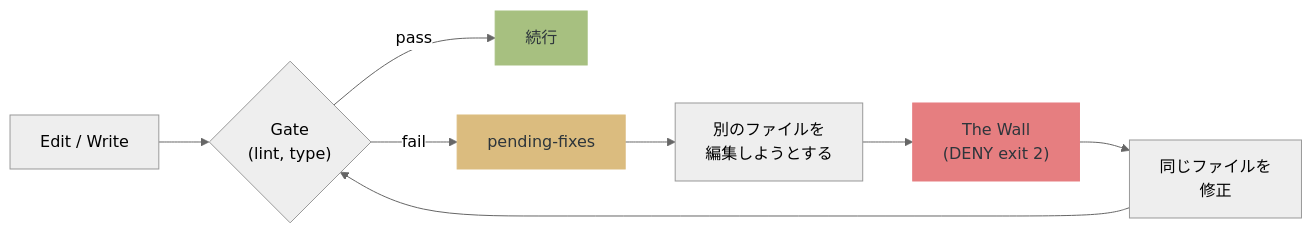
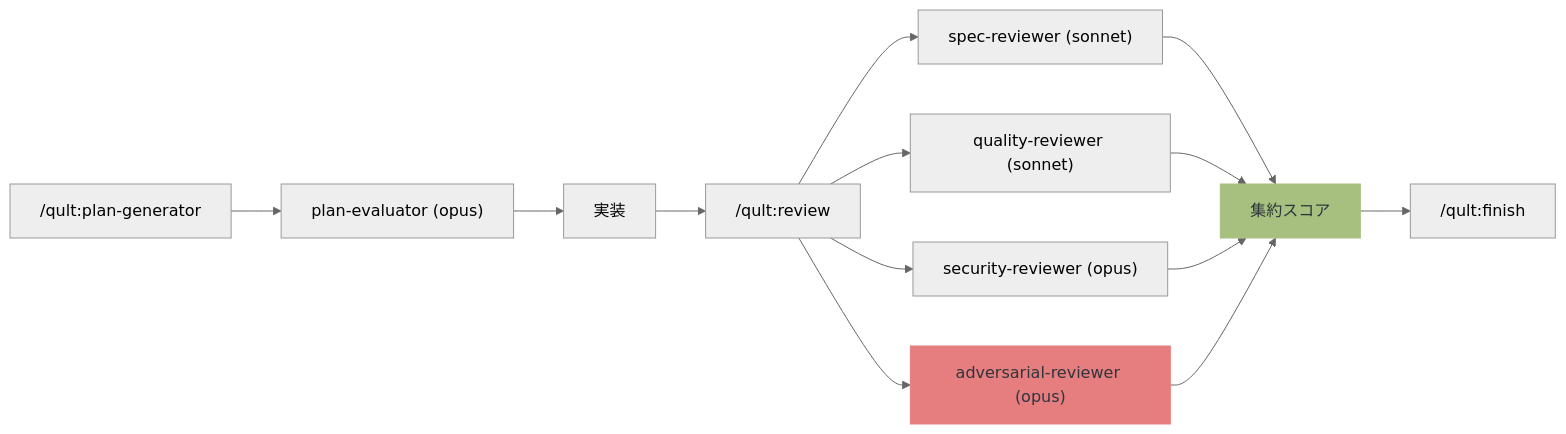
The diagram in README.ja.md (hir4ta/qult), drawn with Mermaid (neutral theme) before and after one commit. The commit also changed other lines of this file and 75 other files, not shown here.

````diff
--- a/README.ja.md
+++ b/README.ja.md
@@ -84,14 +79,18 @@
 ```mermaid
 flowchart LR
-    Edit["Edit / Write"] --> Gate{"Gate\n(lint, type)"}
-    Gate -- pass --> OK["続行"]
-    Gate -- fail --> PF["pending-fixes"]
-    PF --> Next["別のファイルを\n編集しようとする"]
-    Next --> DENY["The Wall\n(DENY exit 2)"]
-    DENY --> Fix["同じファイルを\n修正"]
-    Fix --> Gate
+    Plan["/qult:plan-generator"] --> Eval["plan-evaluator (opus)"]
+    Eval --> Impl["実装"]
+    Impl --> Review["/qult:review"]
+    Review --> Spec["spec-reviewer (sonnet)"]
+    Review --> Quality["quality-reviewer (sonnet)"]
+    Review --> Sec["security-reviewer (opus)"]
+    Review --> Adv["adversarial-reviewer (opus)"]
+    Spec --> Score["集約スコア"]
+    Quality --> Score
+    Sec --> Score
+    Adv --> Score
+    Score --> Finish["/qult:finish"]
 
-    style DENY fill:#e67e80,color:#2d353b,stroke:#e67e80
-    style OK fill:#a7c080,color:#2d353b,stroke:#a7c080
-    style PF fill:#dbbc7f,color:#2d353b,stroke:#dbbc7f
+    style Adv fill:#e67e80,color:#2d353b,stroke:#e67e80
+    style Score fill:#a7c080,color:#2d353b,stroke:#a7c080
 ```
````
